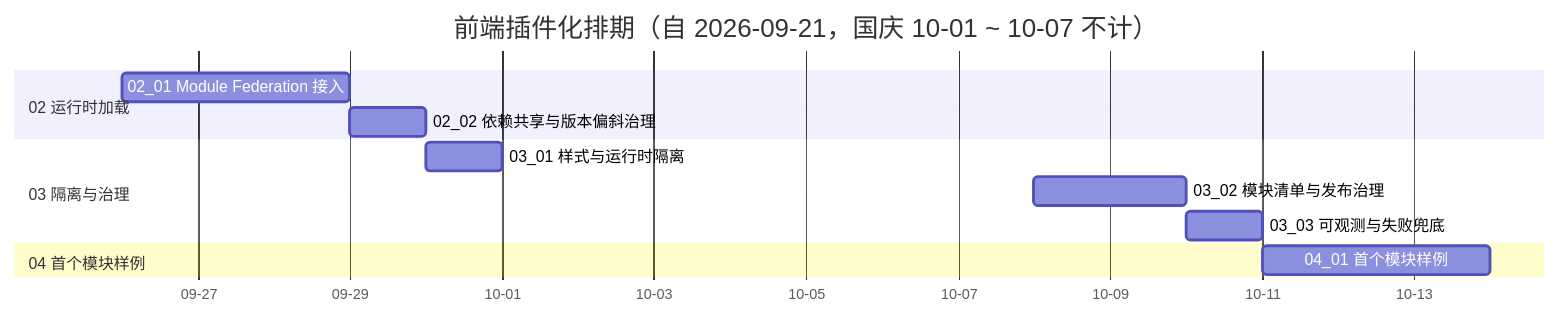
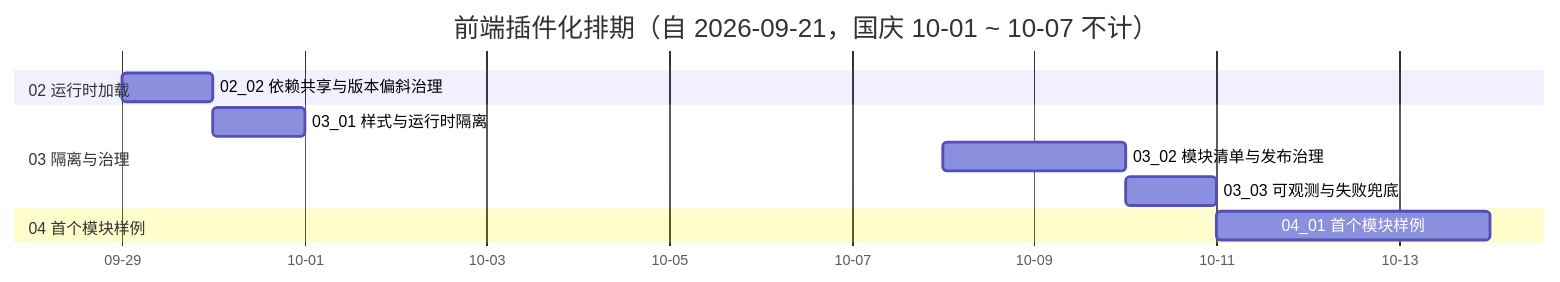
The diagram in bms文档/项目/05_前端插件化/计划/01_计划_前端插件化.md (minjian123/basic-management-system), drawn with Mermaid before and after one commit. The commit also changed other lines of this file and 17 other files, not shown here.

````diff
--- a/bms文档/项目/05_前端插件化/计划/01_计划_前端插件化.md
+++ b/bms文档/项目/05_前端插件化/计划/01_计划_前端插件化.md
@@ -42,16 +42,15 @@
 ```mermaid
 gantt
     title 前端插件化排期（自 2026-09-21，国庆 10-01 ~ 10-07 不计）
     dateFormat YYYY-MM-DD
     axisFormat %m-%d
     tickInterval 2day
     section 02 运行时加载
-    02_01 Module Federation 接入 :a3, 2026-09-26, 3d
     02_02 依赖共享与版本偏斜治理 :a4, 2026-09-29, 1d
     section 03 隔离与治理
     03_01 样式与运行时隔离 :a5, 2026-09-30, 1d
     03_02 模块清单与发布治理 :a6, 2026-10-08, 2d
     03_03 可观测与失败兜底 :a7, after a6, 1d
     section 04 首个模块样例
     04_01 首个模块样例 :a8, after a7, 3d
 ```
````
